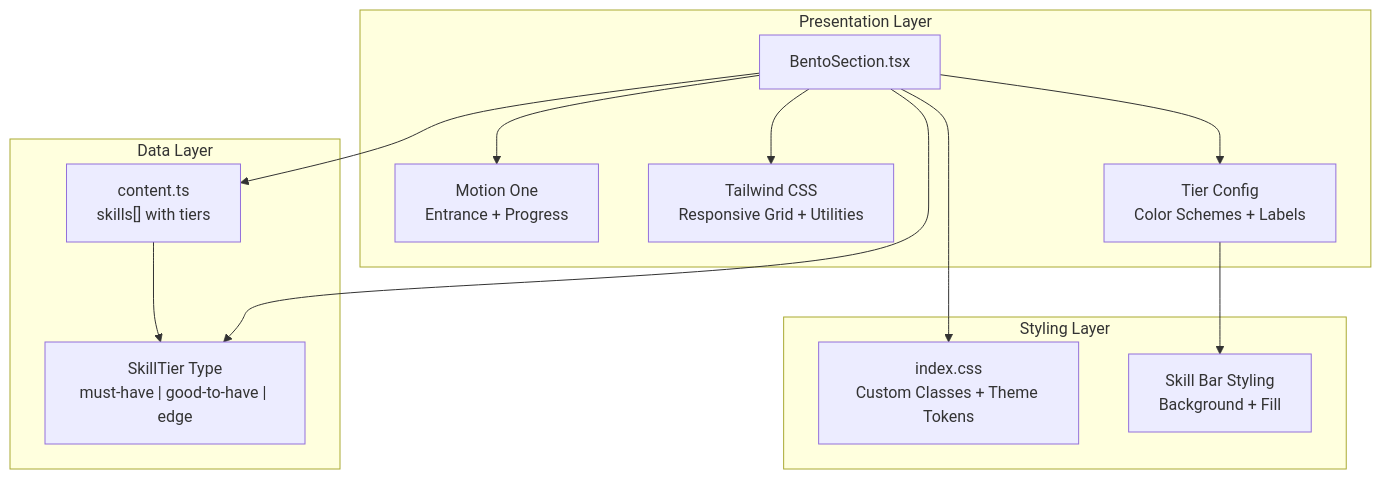
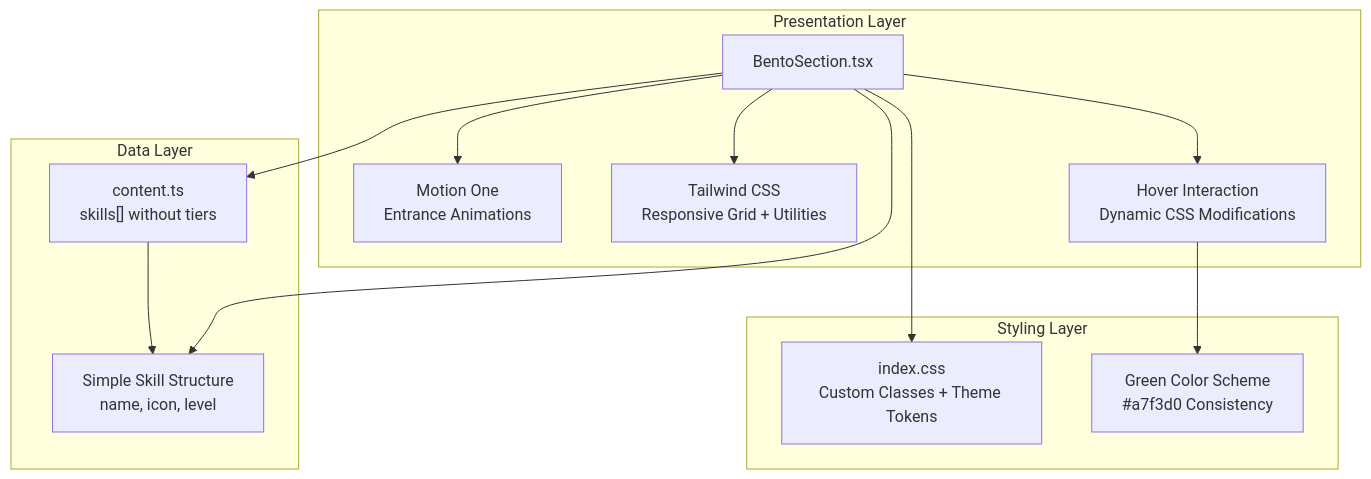
The second of 4 diagrams in .qoder/repowiki/en/content/Component Library & UI Elements/BentoSection Component.md (subash7781/Portfolio), drawn with Mermaid before and after one commit. The commit also changed other lines of this file and 3 other files, not shown here.

````diff
--- a/.qoder/repowiki/en/content/Component Library & UI Elements/BentoSection Component.md
+++ b/.qoder/repowiki/en/content/Component Library & UI Elements/BentoSection Component.md
@@ -78,25 +80,25 @@
 ```mermaid
 graph TB
 subgraph "Presentation Layer"
 Bento["BentoSection.tsx"]
-Motion["Motion One<br/>Entrance + Progress"]
+Motion["Motion One<br/>Entrance Animations"]
 Tailwind["Tailwind CSS<br/>Responsive Grid + Utilities"]
-TierConfig["Tier Config<br/>Color Schemes + Labels"]
+HoverSystem["Hover Interaction<br/>Dynamic CSS Modifications"]
 end
 subgraph "Data Layer"
-Content["content.ts<br/>skills[] with tiers"]
-SkillType["SkillTier Type<br/>must-have | good-to-have | edge"]
+Content["content.ts<br/>skills[] without tiers"]
+SkillType["Simple Skill Structure<br/>name, icon, level"]
 end
 subgraph "Styling Layer"
 BaseCSS["index.css<br/>Custom Classes + Theme Tokens"]
-SkillBars["Skill Bar Styling<br/>Background + Fill"]
+GreenScheme["Green Color Scheme<br/>#a7f3d0 Consistency"]
 end
 Bento --> Motion
 Bento --> Tailwind
-Bento --> TierConfig
+Bento --> HoverSystem
 Bento --> Content
 Bento --> SkillType
 Bento --> BaseCSS
-TierConfig --> SkillBars
+HoverSystem --> GreenScheme
 Content --> SkillType
 ```
````
